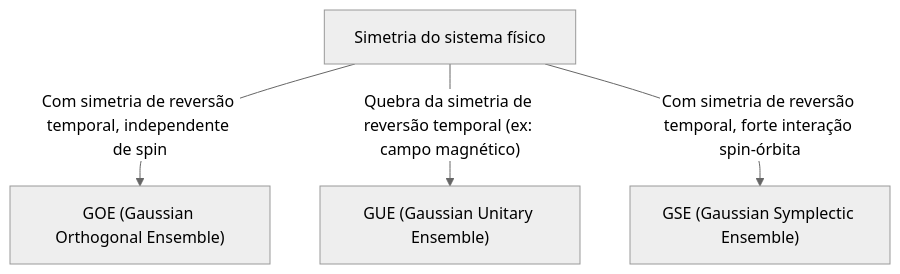
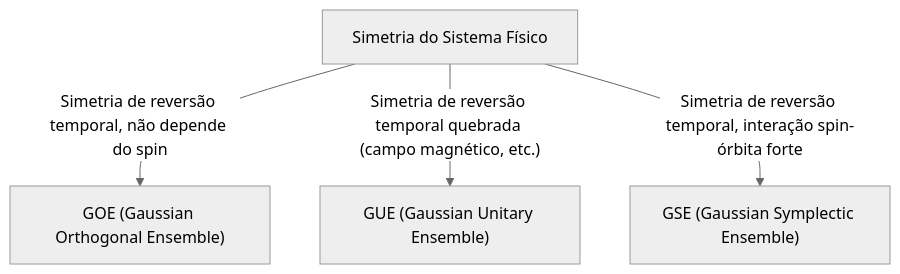
Before and after one commit to kenjinote/blog: the diagram in content/post/random-matrix-theory/index.pt.md, drawn with Mermaid (neutral theme). The commit also changed other lines of this file and 11 other files, not shown here.

````diff
--- a/content/post/random-matrix-theory/index.pt.md
+++ b/content/post/random-matrix-theory/index.pt.md
@@ -43,6 +43,6 @@
 ```mermaid
 graph TD
-    A["Simetria do sistema físico"] -- "Com simetria de reversão temporal, independente de spin" --> B["GOE (Gaussian Orthogonal Ensemble)"]
-    A -- "Quebra da simetria de reversão temporal (ex: campo magnético)" --> C["GUE (Gaussian Unitary Ensemble)"]
-    A -- "Com simetria de reversão temporal, forte interação spin-órbita" --> D["GSE (Gaussian Symplectic Ensemble)"]
+    A["Simetria do Sistema Físico"] -- "Simetria de reversão temporal, não depende do spin" --> B["GOE (Gaussian Orthogonal Ensemble)"]
+    A -- "Simetria de reversão temporal quebrada (campo magnético, etc.)" --> C["GUE (Gaussian Unitary Ensemble)"]
+    A -- "Simetria de reversão temporal, interação spin-órbita forte" --> D["GSE (Gaussian Symplectic Ensemble)"]
 ```
````
